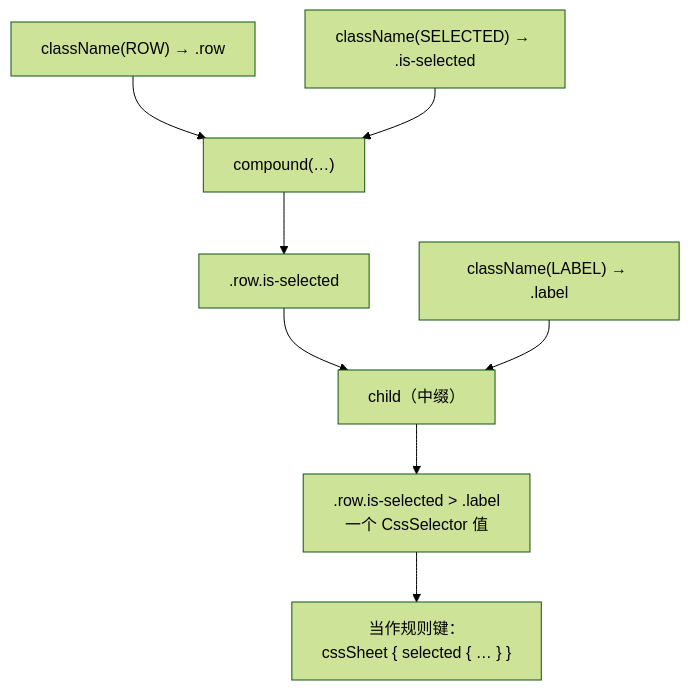
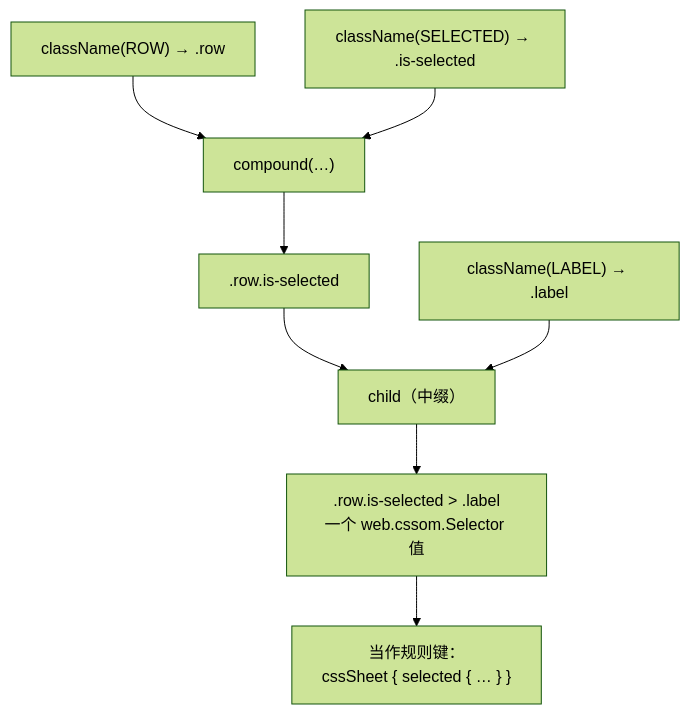
One commit to shijianjs/ktjs-dom-kit changed the second of 2 diagrams in docs/src/jsMain/resources/i18n/zh-Hans/docusaurus-plugin-content-docs/current/dom-kit/css-sheet.md. Above: the diagram before and after it, drawn with Mermaid (forest theme). The commit also changed other lines of this file and 8 other files, not shown here.

Commit message:
dom-kit: a built selector is cssom's Selector, not a second copy

````diff
--- a/docs/src/jsMain/resources/i18n/zh-Hans/docusaurus-plugin-content-docs/current/dom-kit/css-sheet.md
+++ b/docs/src/jsMain/resources/i18n/zh-Hans/docusaurus-plugin-content-docs/current/dom-kit/css-sheet.md
@@ -145,10 +147,10 @@
 ```mermaid
 flowchart TB
   R["className(ROW) → .row"] --> CP["compound(…)"]
   S["className(SELECTED) → .is-selected"] --> CP
   CP --> CMP[".row.is-selected"]
   CMP --> CH["child（中缀）"]
   L["className(LABEL) → .label"] --> CH
-  CH --> OUT[".row.is-selected > .label<br/>一个 CssSelector 值"]
+  CH --> OUT[".row.is-selected > .label<br/>一个 web.cssom.Selector 值"]
   OUT --> KEY["当作规则键：<br/>cssSheet { selected { … } }"]
 ```
````
